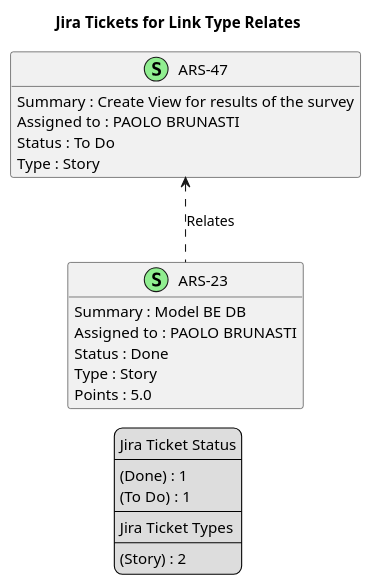
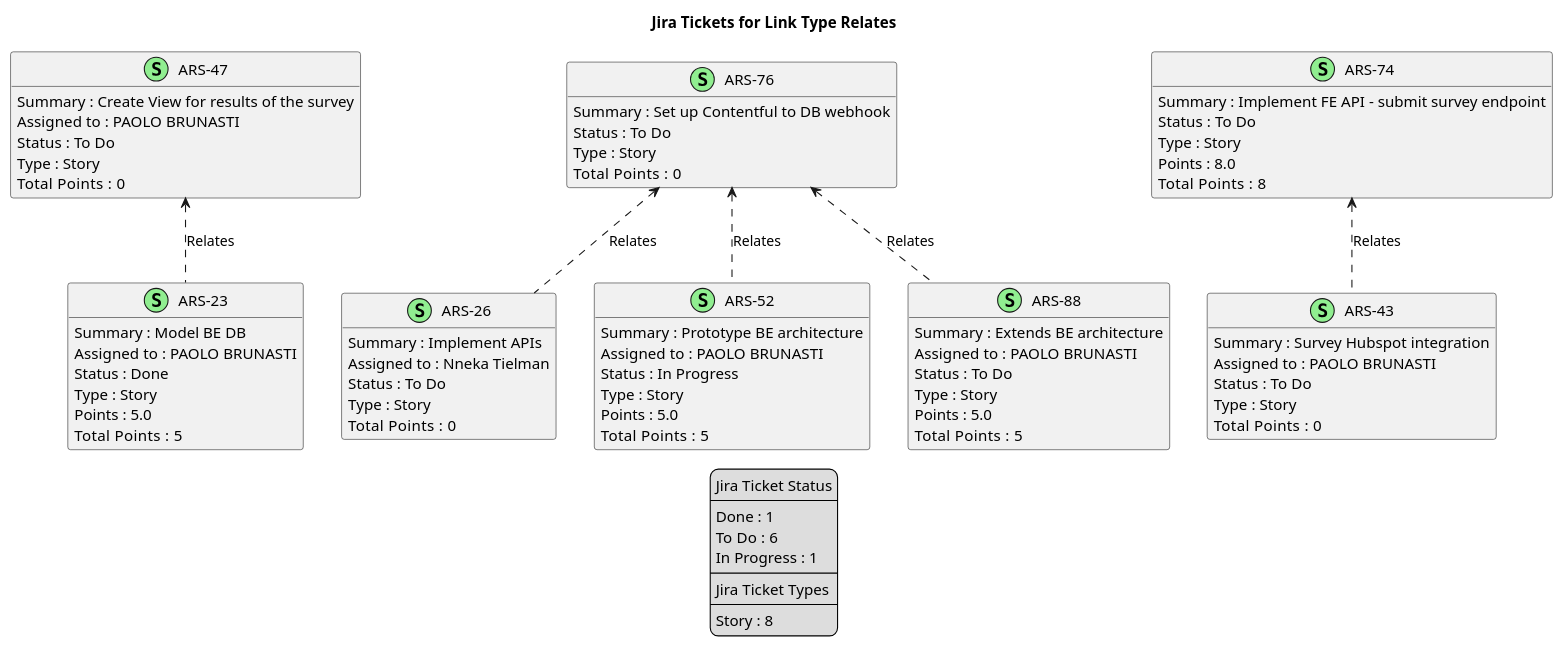
The diagram in docs/nexus/jira-LinkType-Relates.puml (brunasti/jiraplotter), drawn with PlantUML before and after one commit. The commit also changed 22 other files, not shown here.

Commit message:
Computes total points in hierarchy

```diff
--- a/docs/nexus/jira-LinkType-Relates.puml
+++ b/docs/nexus/jira-LinkType-Relates.puml
@@ -1,45 +1,105 @@
 @startuml
 'https://plantuml.com/class-diagram
 
 ' GENERATE CLASS DIAGRAM ===========
-' Generated at    : Tue May 14 15:35:46 CEST 2024
+' Generated at    : Thu May 16 15:52:42 CEST 2024
 
 title Jira Tickets for Link Type Relates
 hide empty members
 
 legend
 Jira Ticket Status
 ----
-(Done) : 1
-(To Do) : 1
+Done : 1
+To Do : 6
+In Progress : 1
 ----
 Jira Ticket Types
 ----
-(Story) : 2
+Story : 8
 end legend
 
 
 ' Tickets =======
 class "ARS-23" << (S,lightgreen) >> {
-  Summary : Model BE DB
-  Assigned to : PAOLO BRUNASTI
-  Status : Done
-  Type : Story
-  Points : 5.0
+ Summary : Model BE DB
+ Assigned to : PAOLO BRUNASTI
+ Status : Done
+ Type : Story
+ Points : 5.0
+Total  Points : 5
 }
 
 class "ARS-47" << (S,lightgreen) >> {
-  Summary : Create View for results of the survey
-  Assigned to : PAOLO BRUNASTI
-  Status : To Do
-  Type : Story
+ Summary : Create View for results of the survey
+ Assigned to : PAOLO BRUNASTI
+ Status : To Do
+ Type : Story
+Total  Points : 0
+}
+
+class "ARS-26" << (S,lightgreen) >> {
+ Summary : Implement APIs
+ Assigned to : Nneka Tielman
+ Status : To Do
+ Type : Story
+Total  Points : 0
+}
+
+class "ARS-74" << (S,lightgreen) >> {
+ Summary : Implement FE API - submit survey endpoint
+ Status : To Do
+ Type : Story
+ Points : 8.0
+Total  Points : 8
+}
+
+class "ARS-52" << (S,lightgreen) >> {
+ Summary : Prototype BE architecture
+ Assigned to : PAOLO BRUNASTI
+ Status : In Progress
+ Type : Story
+ Points : 5.0
+Total  Points : 5
+}
+
+class "ARS-43" << (S,lightgreen) >> {
+ Summary : Survey Hubspot integration
+ Assigned to : PAOLO BRUNASTI
+ Status : To Do
+ Type : Story
+Total  Points : 0
+}
+
+class "ARS-76" << (S,lightgreen) >> {
+ Summary : Set up Contentful to DB webhook
+ Status : To Do
+ Type : Story
+Total  Points : 0
+}
+
+class "ARS-88" << (S,lightgreen) >> {
+ Summary : Extends BE architecture
+ Assigned to : PAOLO BRUNASTI
+ Status : To Do
+ Type : Story
+ Points : 5.0
+Total  Points : 5
 }
 
 
 
 ' Links =======
+"ARS-74" <.. "ARS-43" : Relates
+
+"ARS-76" <.. "ARS-26" : Relates
+
+"ARS-76" <.. "ARS-52" : Relates
+
+"ARS-76" <.. "ARS-88" : Relates
+
 "ARS-47" <.. "ARS-23" : Relates
 
 
 
 @enduml
```
